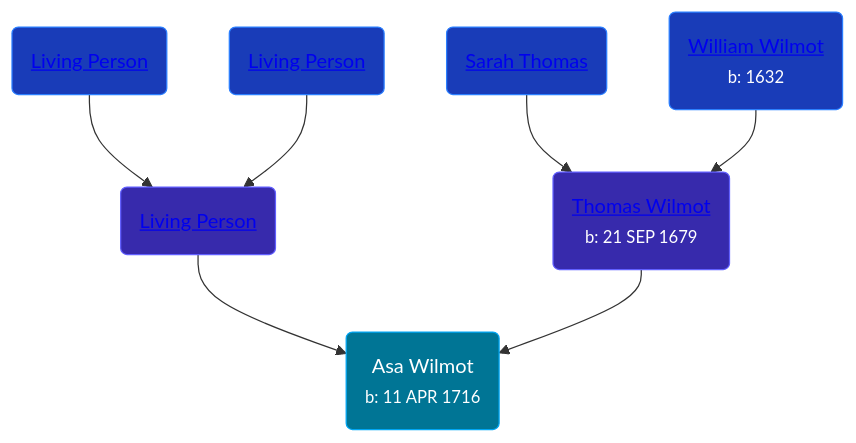
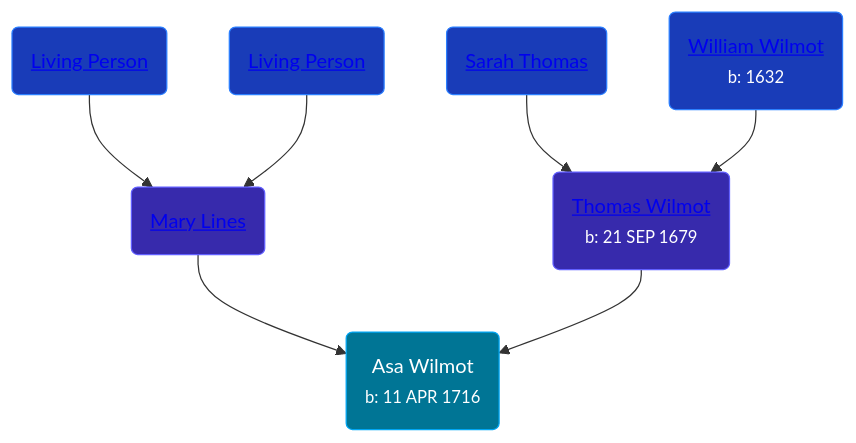
One commit to wpmgotkh/wpmgotkh.github.io changed the diagram in pages/people/1/15735504.md. Above: the diagram before and after it, drawn with Mermaid. The commit also changed other lines of this file and 586 other files, not shown here.

Commit message:
feat: better shouldConsiderPersonLiving algo

````diff
--- a/pages/people/1/15735504.md
+++ b/pages/people/1/15735504.md
@@ -11,13 +11,13 @@
 ```mermaid
 graph
 classDef grands fill:#193cb8,stroke:#2b7fff,stroke-width:1px,color:#fff;
 classDef parents fill:#372aac,stroke:#615fff,stroke-width:1px,color:#fff;
 classDef primary fill:#007595,stroke:#00a6f4,stroke-width:1px,color:#fff;
 15735504(Asa Wilmot<br /><small>b: 11 APR 1716</small>):::primary
-19292651(<a class="text-white" href="/people/1/19292651">Living Person</a>):::parents-->15735504
+19292651(<a class="text-white" href="/people/1/19292651">Mary Lines</a>):::parents-->15735504
 33207612(<a class="text-white" href="/people/3/33207612">Living Person</a>):::grands-->19292651
 80639382(<a class="text-white" href="/people/8/80639382">Living Person</a>):::grands-->19292651
 36930663(<a class="text-white" href="/people/3/36930663">Thomas Wilmot</a><br /><small>b: 21 SEP 1679</small>):::parents-->15735504
 28506175(<a class="text-white" href="/people/2/28506175">Sarah Thomas</a>):::grands-->36930663
 47205976(<a class="text-white" href="/people/4/47205976">William Wilmot</a><br /><small>b: 1632</small>):::grands-->36930663
 ```
````
